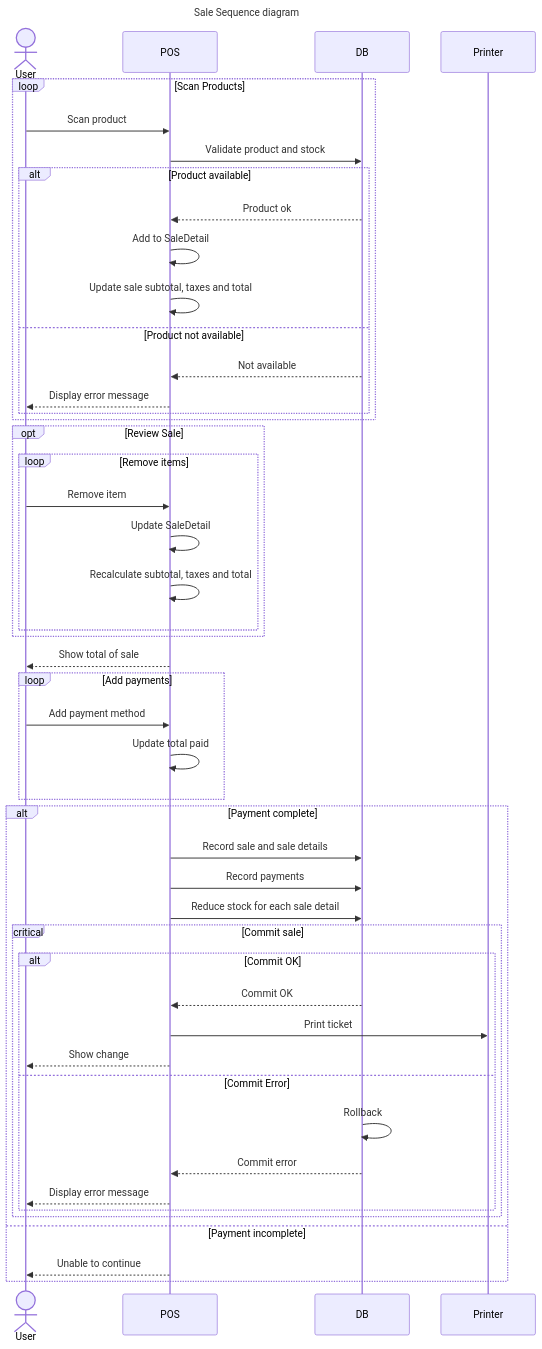
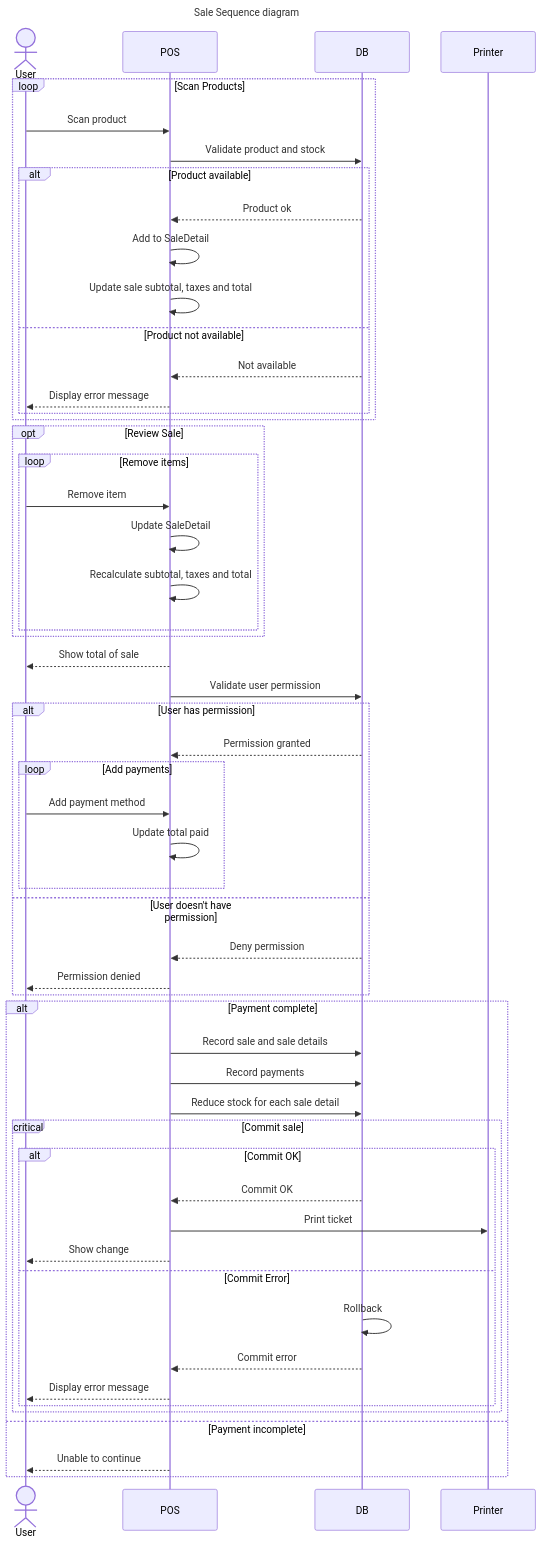
Before and after one commit to SoyDavidJoan/Sugar_free_POS: the third of 6 diagrams in Docs/04_Desing.md, drawn with Mermaid. The commit also changed other lines of this file and 3 other files, not shown here.

Commit message:
docs: add user permission validation to existing diagrams

````diff
--- a/Docs/04_Desing.md
+++ b/Docs/04_Desing.md
@@ -201,59 +201,66 @@
 ```mermaid
 ---
 title: Sale Sequence diagram
 ---
 
 sequenceDiagram
   actor User as User
   participant POS as POS
   participant DB as DB
   participant Printer as Printer
 
   loop Scan Products
     User ->> POS: Scan product
     POS ->> DB: Validate product and stock
     alt Product available
       DB -->> POS: Product ok
       POS ->> POS: Add to SaleDetail
       POS ->> POS: Update sale subtotal, taxes and total
     else Product not available
       DB -->> POS: Not available
       POS -->> User: Display error message
     end
   end
 
   opt Review Sale
     loop Remove items
       User ->> POS: Remove item
       POS ->> POS: Update SaleDetail
       POS ->> POS: Recalculate subtotal, taxes and total
     end
   end
 
   POS -->> User: Show total of sale
-  loop Add payments 
-    User ->> POS: Add payment method
-    POS ->> POS: Update total paid
+  POS ->> DB: Validate user permission
+  alt User has permission
+    DB -->> POS: Permission granted
+    loop Add payments 
+      User ->> POS: Add payment method
+      POS ->> POS: Update total paid
+    end
+  else User doesn't have permission
+    DB -->> POS: Deny permission
+    POS -->> User: Permission denied
   end
 
   alt Payment complete
       POS ->> DB: Record sale and sale details
       POS ->> DB: Record payments
       POS ->> DB: Reduce stock for each sale detail
 
       critical Commit sale
         alt Commit OK
             DB -->> POS: Commit OK
             POS ->> Printer: Print ticket
             POS -->> User: Show change
         else Commit Error
             DB ->> DB: Rollback
             DB -->> POS: Commit error
             POS -->> User: Display error message
         end
 
       end  
   else Payment incomplete
     POS -->> User: Unable to continue
   end
 ```
````
